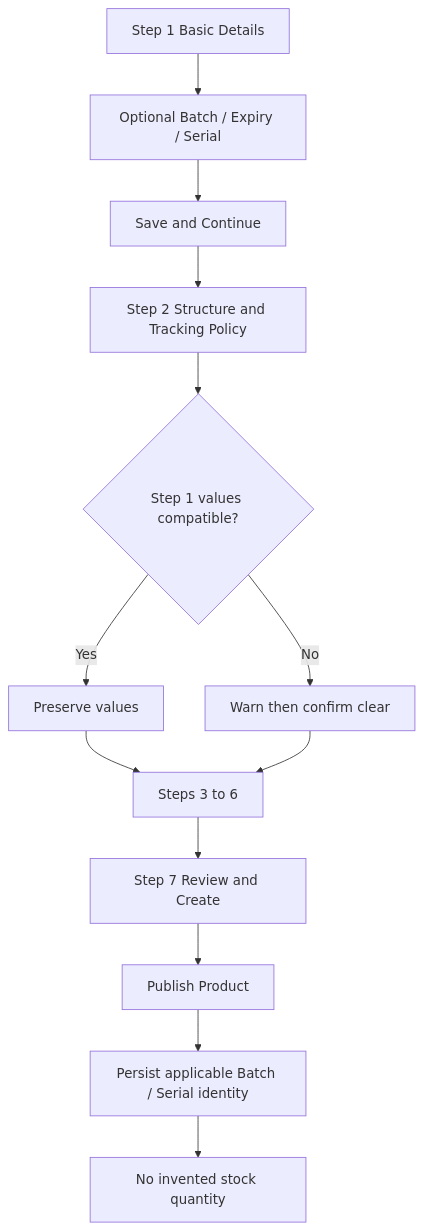
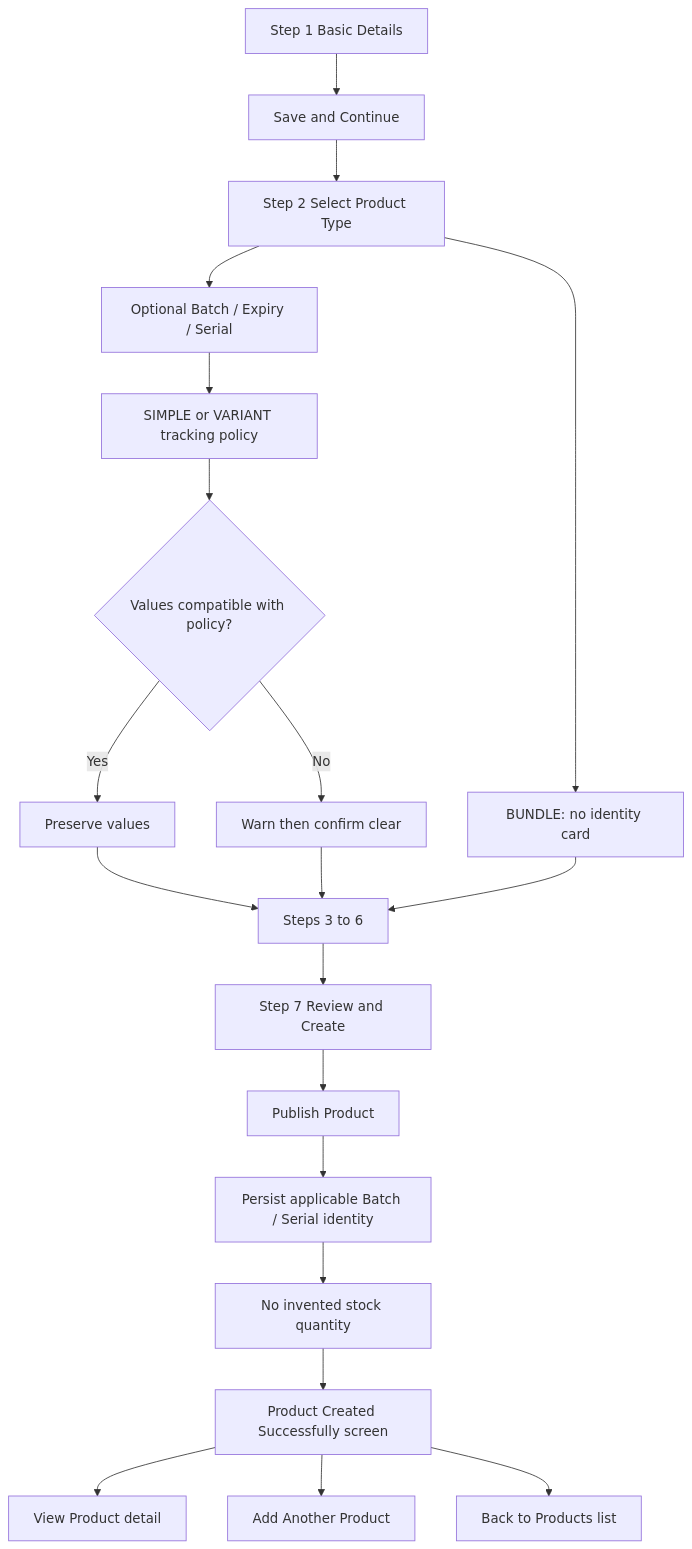
Before and after one commit to unicomproject/Pos-system-Knowledge: the diagram in 03_USER_JOURNEYS/Tenant_Admin/09_Product_Management_Flow.md, drawn with Mermaid. The commit also changed other lines of this file and 60 other files, not shown here.

````diff
--- a/03_USER_JOURNEYS/Tenant_Admin/09_Product_Management_Flow.md
+++ b/03_USER_JOURNEYS/Tenant_Admin/09_Product_Management_Flow.md
@@ -126,15 +128,22 @@
 ```mermaid
 flowchart TD
-    A[Step 1 Basic Details] --> B[Optional Batch / Expiry / Serial]
-    B --> C[Save and Continue]
-    C --> D[Step 2 Structure and Tracking Policy]
-    D --> E{Step 1 values compatible?}
+    A[Step 1 Basic Details] --> C[Save and Continue]
+    C --> D[Step 2 Select Product Type]
+    D --> B[Optional Batch / Expiry / Serial]
+    D --> J[BUNDLE: no identity card]
+    B --> I[SIMPLE or VARIANT tracking policy]
+    I --> E{Values compatible with policy?}
     E -->|Yes| F[Preserve values]
     E -->|No| G[Warn then confirm clear]
     F --> H[Steps 3 to 6]
     G --> H
-    H --> I[Step 7 Review and Create]
-    I --> J[Publish Product]
-    J --> K[Persist applicable Batch / Serial identity]
+    J --> H
+    H --> R[Step 7 Review and Create]
+    R --> P[Publish Product]
+    P --> K[Persist applicable Batch / Serial identity]
     K --> L[No invented stock quantity]
+    L --> S[Product Created Successfully screen]
+    S --> VP[View Product detail]
+    S --> AA[Add Another Product]
+    S --> BL[Back to Products list]
 ```
````
